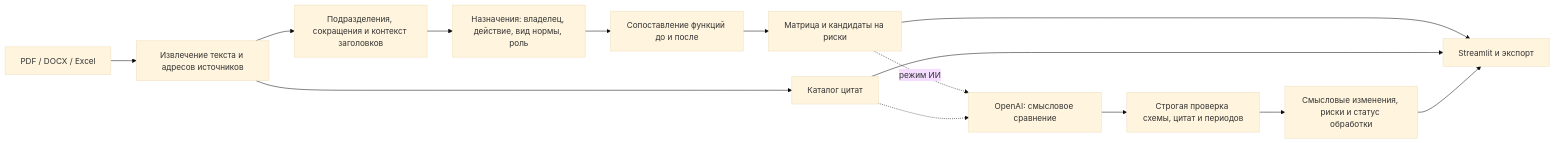
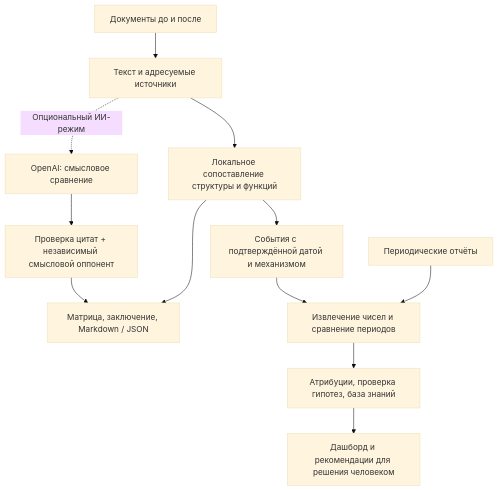
One commit to BAITC-Hacks/hack-0dd0a2e7-ai-qaitu changed the diagram in README.md. Above: the diagram before and after it, drawn with Mermaid (base theme). The commit also changed other lines of this file and 2 other files, not shown here.

````diff
--- a/README.md
+++ b/README.md
@@ -117,16 +188,14 @@
 ```mermaid
-flowchart LR
-    A[PDF / DOCX / Excel] --> B[Извлечение текста и адресов источников]
-    B --> C[Подразделения, сокращения и контекст заголовков]
-    C --> D[Назначения: владелец, действие, вид нормы, роль]
-    D --> E[Сопоставление функций до и после]
-    E --> F[Матрица и кандидаты на риски]
-    B --> G[Каталог цитат]
-    F --> H[Streamlit и экспорт]
-    G --> H
-    F -. режим ИИ .-> I[OpenAI: смысловое сравнение]
-    G -.-> I
-    I --> J[Строгая проверка схемы, цитат и периодов]
-    J --> K[Смысловые изменения, риски и статус обработки]
-    K --> H
+flowchart TB
+    D["Документы до и после"] --> X["Текст и адресуемые источники"]
+    X --> L["Локальное сопоставление структуры и функций"]
+    X -. "Опциональный ИИ-режим" .-> A["OpenAI: смысловое сравнение"]
+    A --> V["Проверка цитат + независимый смысловой оппонент"]
+    L --> R["Матрица, заключение, Markdown / JSON"]
+    V --> R
+    L --> E["События с подтверждённой датой и механизмом"]
+    P["Периодические отчёты"] --> M["Извлечение чисел и сравнение периодов"]
+    E --> M
+    M --> K["Атрибуции, проверка гипотез, база знаний"]
+    K --> U["Дашборд и рекомендации для решения человеком"]
 ```
````
